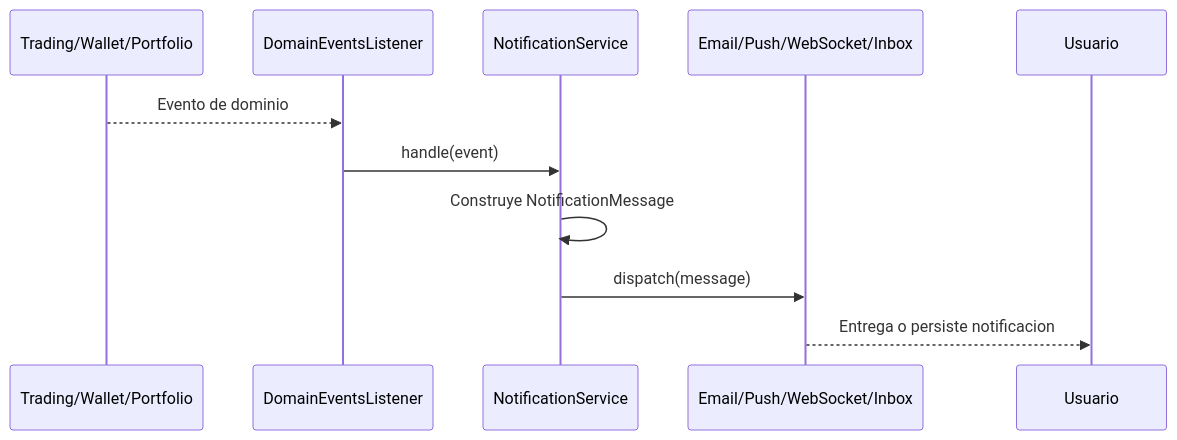
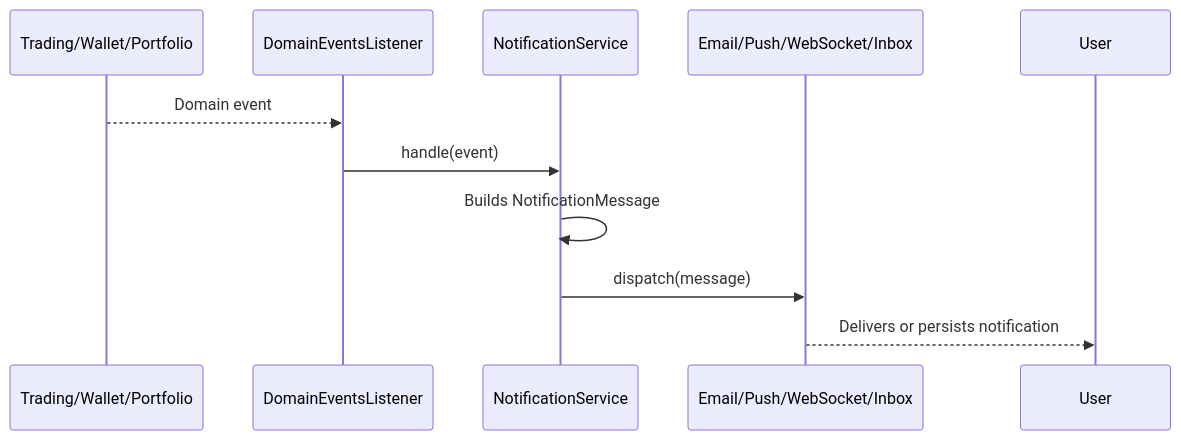
The diagram in EZTrade/backend/src/main/java/com/trading/platform/eztrade/notifications/notifications.md (SergioGarciaRuiz557/EZTrade), drawn with Mermaid before and after one commit. The commit also changed other lines of this file and 342 other files, not shown here.

````diff
--- a/EZTrade/backend/src/main/java/com/trading/platform/eztrade/notifications/notifications.md
+++ b/EZTrade/backend/src/main/java/com/trading/platform/eztrade/notifications/notifications.md
@@ -50,14 +50,14 @@
 ```mermaid
 sequenceDiagram
     participant Module as Trading/Wallet/Portfolio
     participant Listener as DomainEventsListener
     participant Service as NotificationService
     participant Ports as Email/Push/WebSocket/Inbox
-    participant User as Usuario
+    participant User
 
-    Module-->>Listener: Evento de dominio
+    Module-->>Listener: Domain event
     Listener->>Service: handle(event)
-    Service->>Service: Construye NotificationMessage
+    Service->>Service: Builds NotificationMessage
     Service->>Ports: dispatch(message)
-    Ports-->>User: Entrega o persiste notificacion
+    Ports-->>User: Delivers or persists notification
 ```
````
